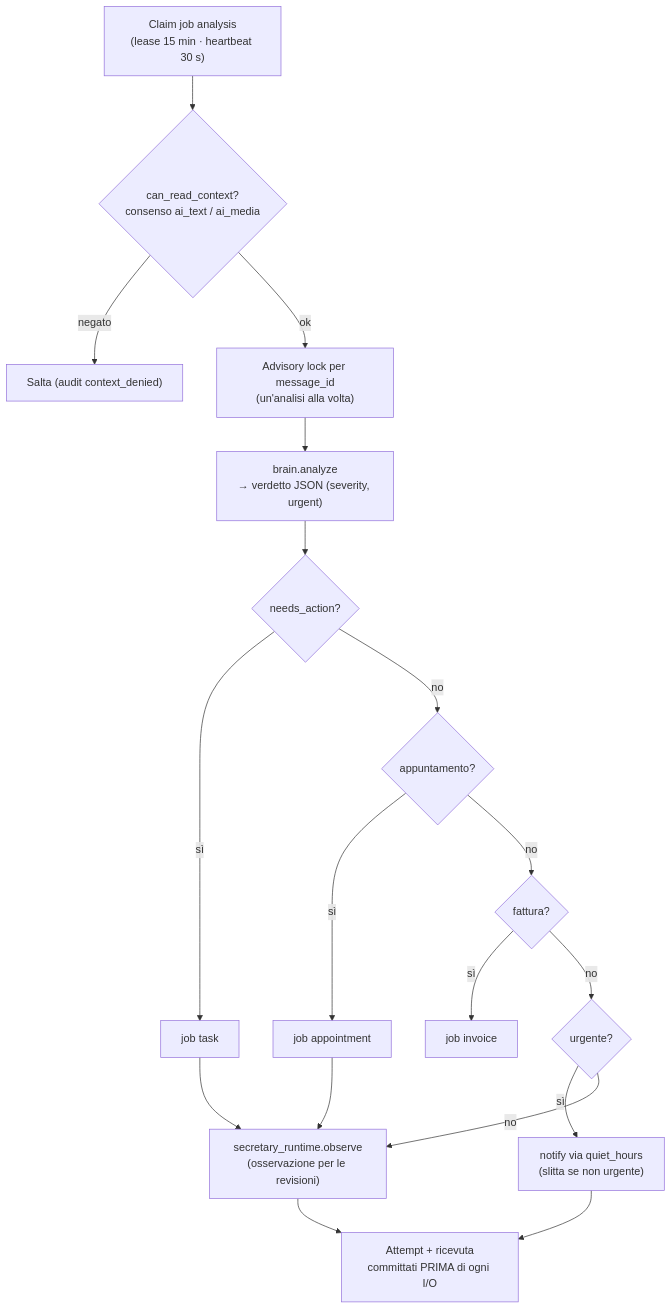
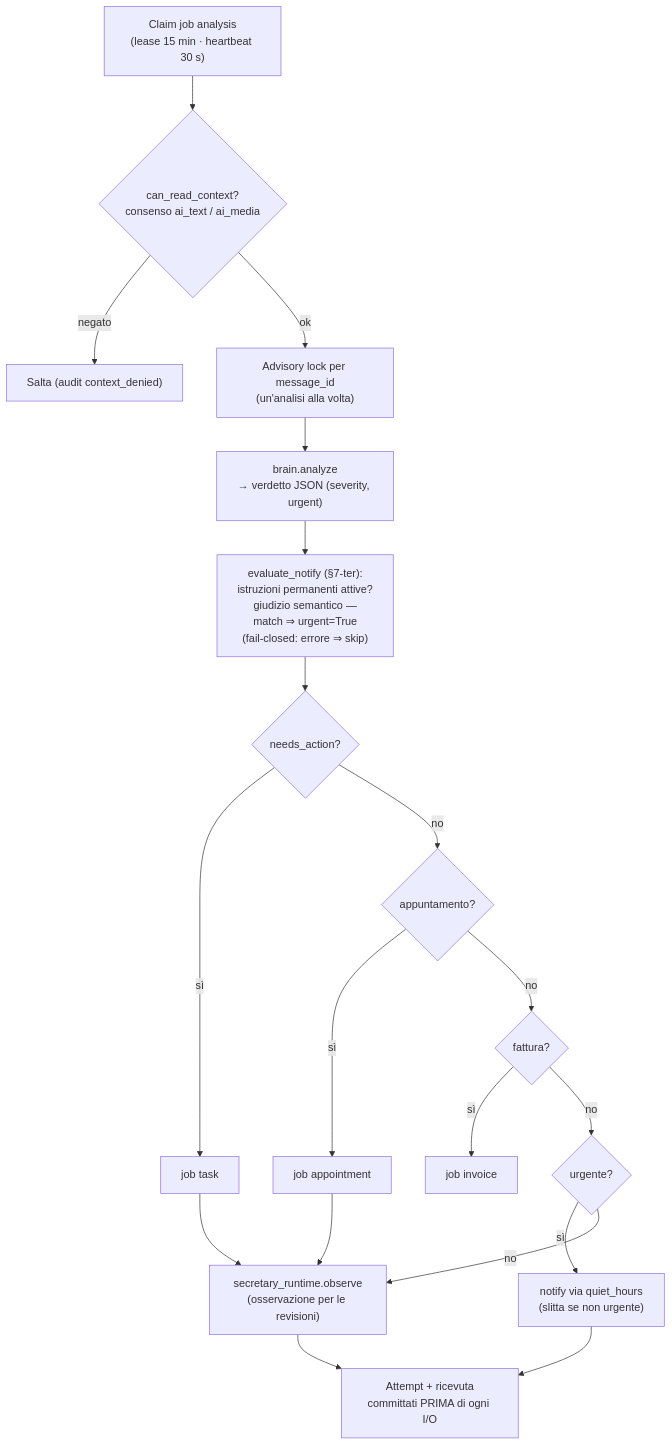
Before and after one commit to Hypaz-AI/p-secretary: the third of 16 diagrams in AGENT_FLOWS.md, drawn with Mermaid. The commit also changed other lines of this file and 9 other files, not shown here.

````diff
--- a/AGENT_FLOWS.md
+++ b/AGENT_FLOWS.md
@@ -136,33 +136,34 @@
 ```mermaid
 flowchart TD
     CLAIM["Claim job analysis<br/>(lease 15 min · heartbeat 30 s)"]
     GATE{"can_read_context?<br/>consenso ai_text / ai_media"}
     AL["Advisory lock per message_id<br/>(un'analisi alla volta)"]
     VER["brain.analyze<br/>→ verdetto JSON (severity, urgent)"]
+    INSTR["evaluate_notify (§7-ter):<br/>istruzioni permanenti attive?<br/>giudizio semantico —<br/>match ⇒ urgent=True<br/>(fail-closed: errore ⇒ skip)"]
     D1{"needs_action?"}
     D2{"appuntamento?"}
     D3{"fattura?"}
     D4{"urgente?"}
     TQ["job task"]
     AQ["job appointment"]
     IQ["job invoice"]
     NQ["notify via quiet_hours<br/>(slitta se non urgente)"]
     OBS["secretary_runtime.observe<br/>(osservazione per le revisioni)"]
     FIN["Attempt + ricevuta<br/>committati PRIMA di ogni I/O"]
 
     CLAIM --> GATE
     GATE -->|"negato"| SKIP["Salta (audit context_denied)"]
-    GATE -->|"ok"| AL --> VER --> D1
+    GATE -->|"ok"| AL --> VER --> INSTR --> D1
     D1 -->|"sì"| TQ
     D1 -->|"no"| D2
     D2 -->|"sì"| AQ
     D2 -->|"no"| D3
     D3 -->|"sì"| IQ
     D3 -->|"no"| D4
     D4 -->|"sì"| NQ
     D4 -->|"no"| OBS
     TQ --> OBS
     AQ --> OBS
     NQ --> FIN
     OBS --> FIN
 ```
````
